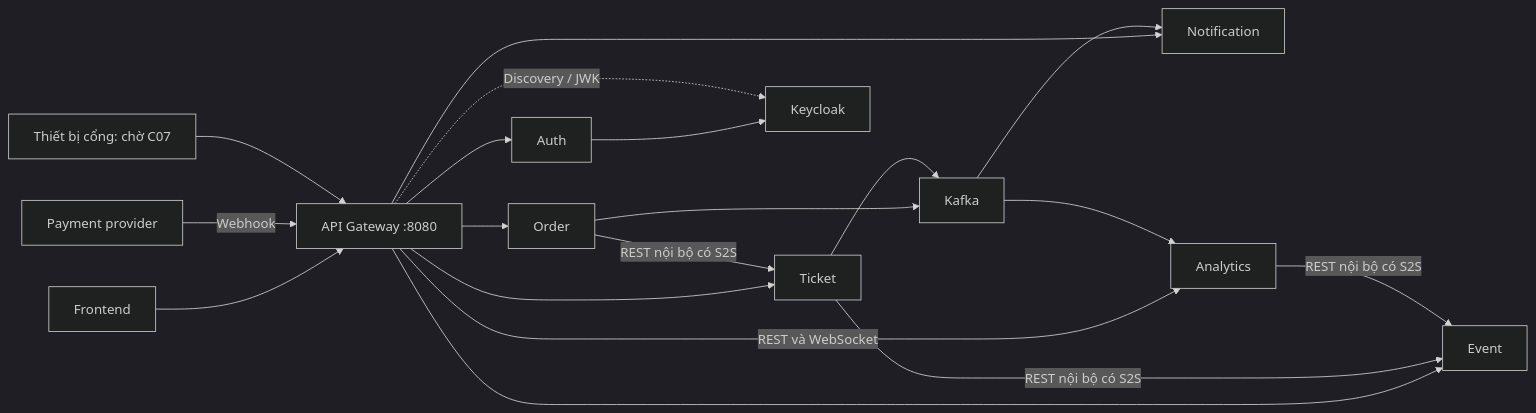
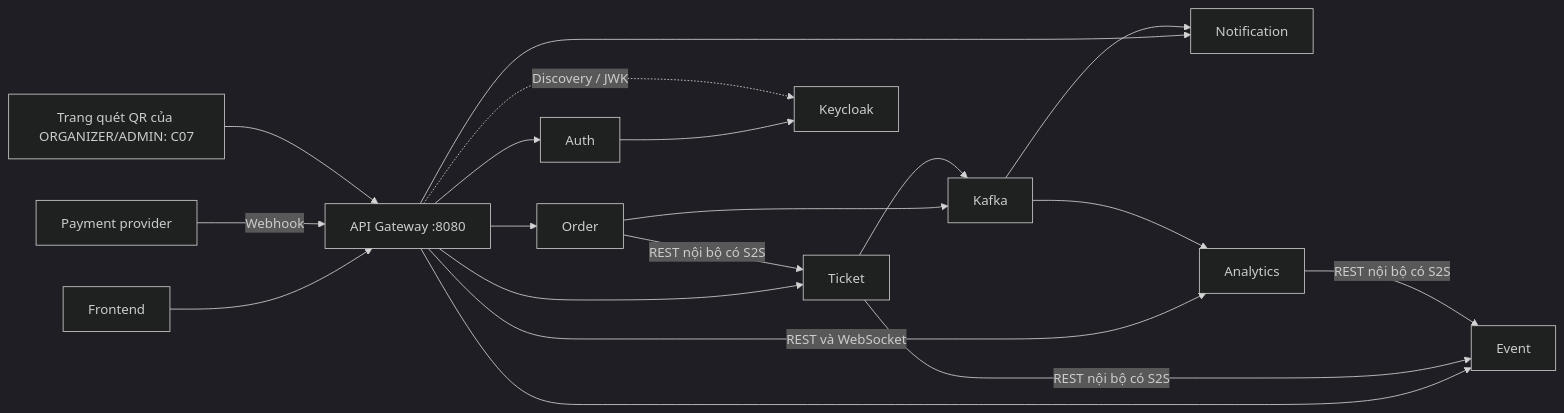
Before and after one commit to duymk123/EventHub: the first of 5 diagrams in docs/architecture/api-gateway.md, drawn with Mermaid (dark theme). The commit also changed other lines of this file and 135 other files, not shown here.

````diff
--- a/docs/architecture/api-gateway.md
+++ b/docs/architecture/api-gateway.md
@@ -40,21 +40,21 @@
 ```mermaid
 flowchart LR
     FE[Frontend] --> GW[API Gateway :8080]
     PP[Payment provider] -->|Webhook| GW
-    DEVICE[Thiết bị cổng: chờ C07] --> GW
+    DEVICE[Trang quét QR của ORGANIZER/ADMIN: C07] --> GW
     GW --> AU[Auth]
     GW --> E[Event]
     GW --> T[Ticket]
     GW --> O[Order]
     GW --> N[Notification]
     GW -->|REST và WebSocket| A[Analytics]
     AU --> KC[Keycloak]
     GW -.->|Discovery / JWK| KC
     O -->|REST nội bộ có S2S| T
     T -->|REST nội bộ có S2S| E
     A -->|REST nội bộ có S2S| E
     O --> K[Kafka]
     T --> K
     K --> N
     K --> A
 ```
````
